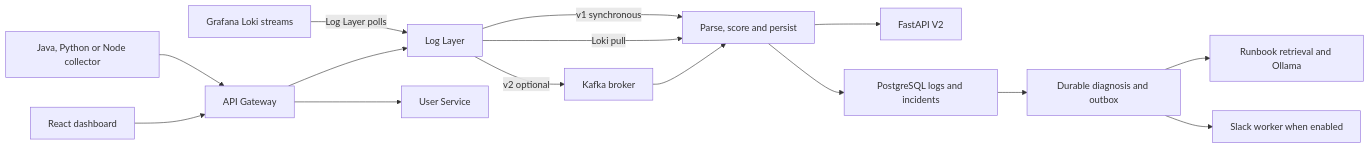
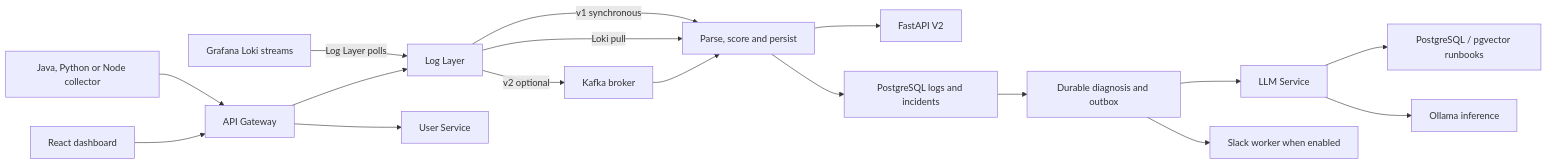
One commit to aditya26612/AI-Powered-DevOps-Log-Analyzer-Incident-Assistant changed the diagram in README.md. Above: the diagram before and after it, drawn with Mermaid. The commit also changed other lines of this file and 18 other files, not shown here.

````diff
--- a/README.md
+++ b/README.md
@@ -9,17 +9,19 @@
 ```mermaid
 flowchart LR
     C["Java, Python or Node collector"] --> G["API Gateway"]
     X["Grafana Loki streams"] -->|"Log Layer polls"| L
     U["React dashboard"] --> G
     G --> A["User Service"]
     G --> L["Log Layer"]
     L -->|"v1 synchronous"| P["Parse, score and persist"]
     L -->|"Loki pull"| P
     L -->|"v2 optional"| K["Kafka broker"]
     K --> P
     P --> M["FastAPI V2"]
     P --> D["PostgreSQL logs and incidents"]
     D --> J["Durable diagnosis and outbox"]
-    J --> O["Runbook retrieval and Ollama"]
+    J --> O["LLM Service"]
+    O --> R["PostgreSQL / pgvector runbooks"]
+    O --> I["Ollama inference"]
     J --> S["Slack worker when enabled"]
 ```
````
